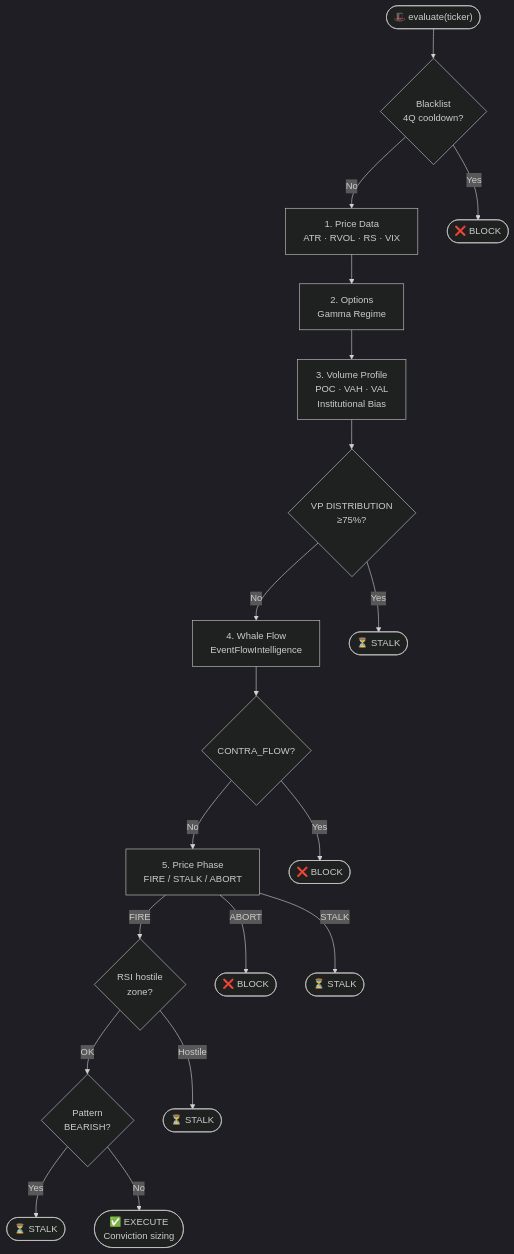
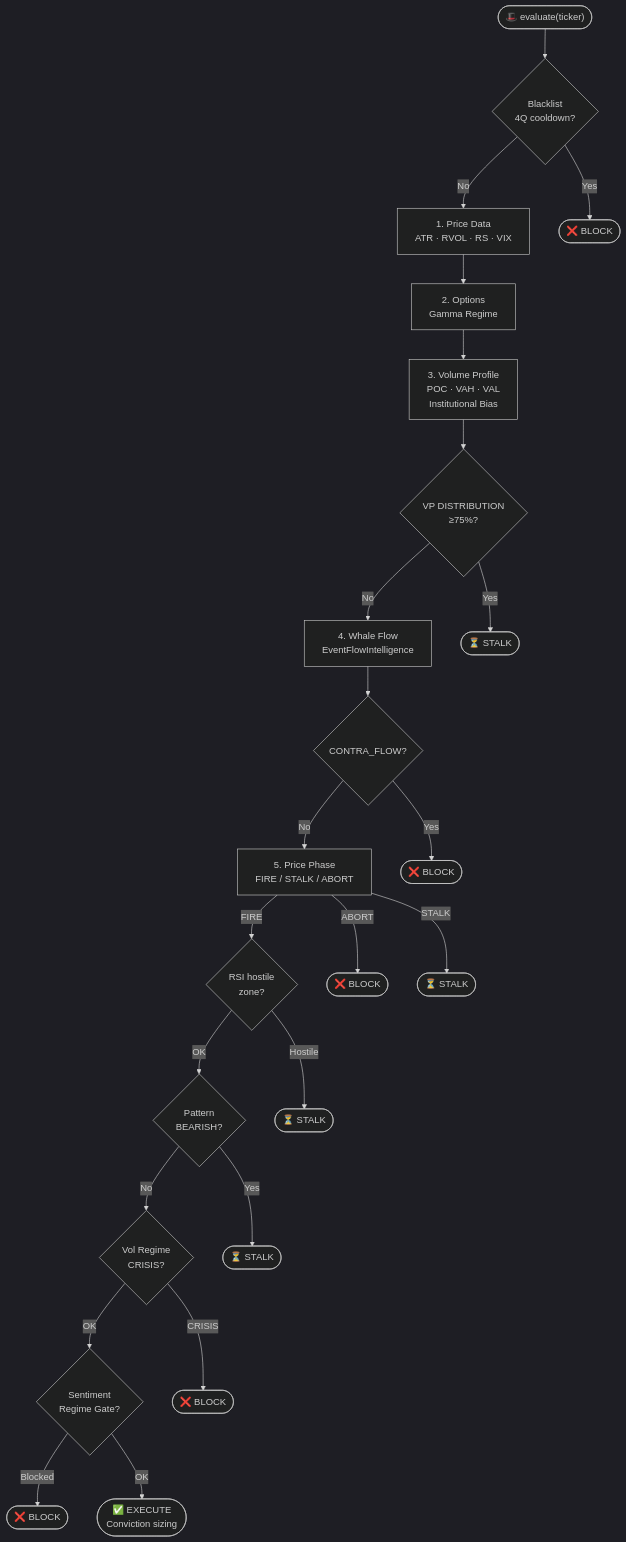
One commit to Charlie7532/botero-trade-engine changed the fourth of 9 diagrams in docs/architecture-diagram.md. Above: the diagram before and after it, drawn with Mermaid (dark theme). The commit also changed other lines of this file and 1 other file, not shown here.

Commit message:
docs: update architecture to V15 with vault-first patterns and new swing gate modules

````diff
--- a/docs/architecture-diagram.md
+++ b/docs/architecture-diagram.md
@@ -144,31 +171,37 @@
 ```mermaid
 flowchart TD
     START(["🎩 evaluate(ticker)"])
     BL{"Blacklist<br/>4Q cooldown?"}
     PRICE["1. Price Data<br/>ATR · RVOL · RS · VIX"]
     OPT["2. Options<br/>Gamma Regime"]
     VP["3. Volume Profile<br/>POC · VAH · VAL<br/>Institutional Bias"]
     VP_GATE{"VP DISTRIBUTION<br/>≥75%?"}
     WHALE["4. Whale Flow<br/>EventFlowIntelligence"]
     CONTRA{"CONTRA_FLOW?"}
     PHASE["5. Price Phase<br/>FIRE / STALK / ABORT"]
     RSI{"RSI hostile<br/>zone?"}
     PAT{"Pattern<br/>BEARISH?"}
+    VOL_GATE{"Vol Regime<br/>CRISIS?"}
+    SENT{"Sentiment<br/>Regime Gate?"}
     EXEC(["✅ EXECUTE<br/>Conviction sizing"])
 
     START --> BL
     BL -->|"Yes"| BLOCK1(["❌ BLOCK"])
     BL -->|"No"| PRICE --> OPT --> VP
     VP --> VP_GATE
     VP_GATE -->|"Yes"| STALK1(["⏳ STALK"])
     VP_GATE -->|"No"| WHALE --> CONTRA
     CONTRA -->|"Yes"| BLOCK2(["❌ BLOCK"])
     CONTRA -->|"No"| PHASE
     PHASE -->|"ABORT"| BLOCK3(["❌ BLOCK"])
     PHASE -->|"FIRE"| RSI
     RSI -->|"Hostile"| STALK2(["⏳ STALK"])
     RSI -->|"OK"| PAT
     PAT -->|"Yes"| STALK3(["⏳ STALK"])
-    PAT -->|"No"| EXEC
+    PAT -->|"No"| VOL_GATE
+    VOL_GATE -->|"CRISIS"| BLOCK4(["❌ BLOCK"])
+    VOL_GATE -->|"OK"| SENT
+    SENT -->|"Blocked"| BLOCK5(["❌ BLOCK"])
+    SENT -->|"OK"| EXEC
     PHASE -->|"STALK"| STALK4(["⏳ STALK"])
 ```
````
